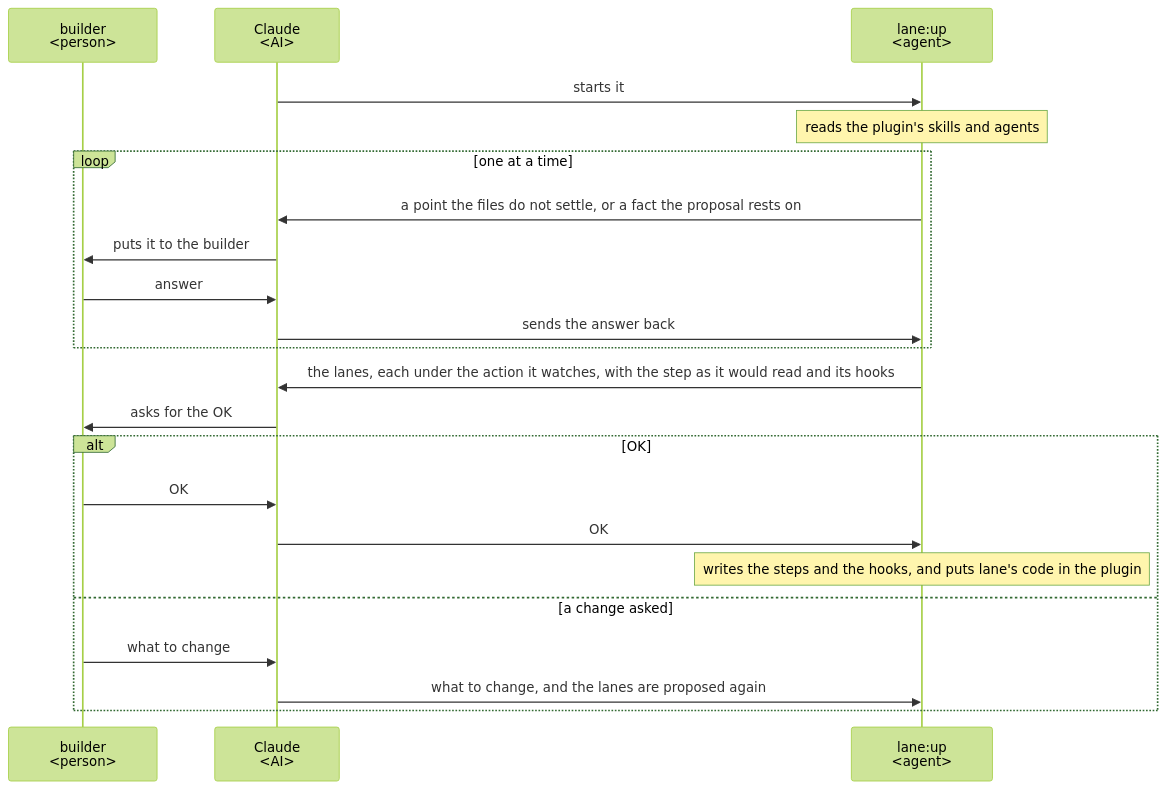
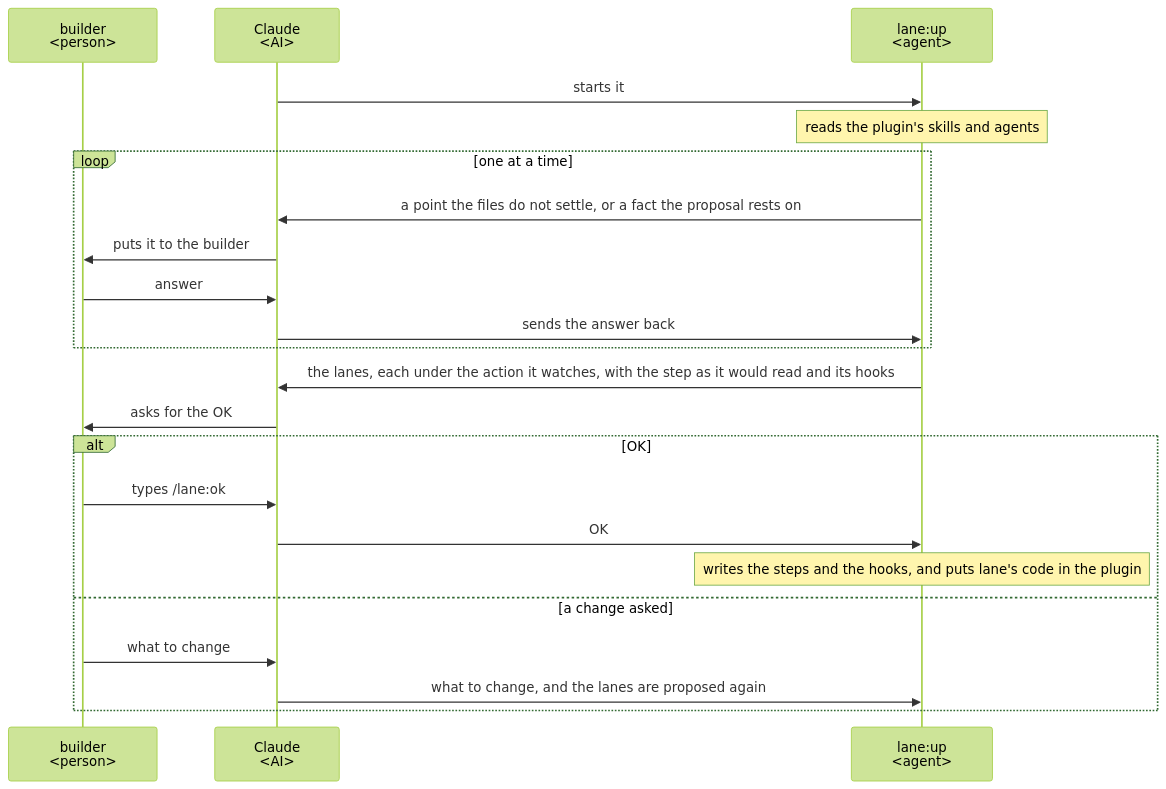
Before and after one commit to lovaizu/ccpm: the second of 3 diagrams in dev/lane/ux.md, drawn with Mermaid (forest theme). The commit also changed other lines of this file and 7 other files, not shown here.

````diff
--- a/dev/lane/ux.md
+++ b/dev/lane/ux.md
@@ -66,24 +66,24 @@
 ```mermaid
 sequenceDiagram
   participant B as builder<br/>#lt;person#gt;
   participant C as Claude<br/>#lt;AI#gt;
   participant L as lane:up<br/>#lt;agent#gt;
   C->>L: starts it
   Note over L: reads the plugin's skills and agents
   loop one at a time
     L->>C: a point the files do not settle, or a fact the proposal rests on
     C->>B: puts it to the builder
     B->>C: answer
     C->>L: sends the answer back
   end
   L->>C: the lanes, each under the action it watches, with the step as it would read and its hooks
   C->>B: asks for the OK
   alt OK
-    B->>C: OK
+    B->>C: types /lane:ok
     C->>L: OK
     Note over L: writes the steps and the hooks, and puts lane's code in the plugin
   else a change asked
     B->>C: what to change
     C->>L: what to change, and the lanes are proposed again
   end
 ```
````
